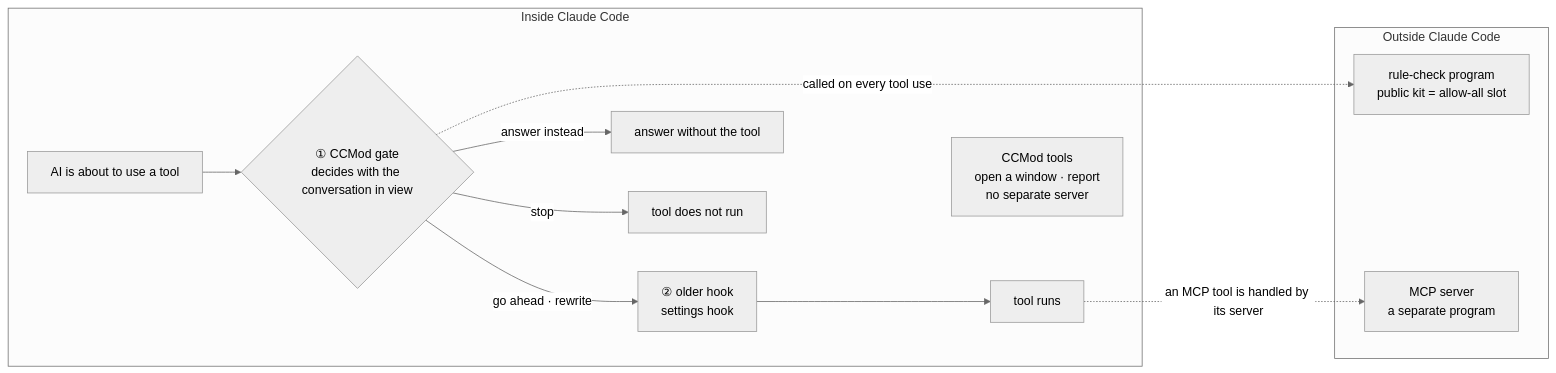
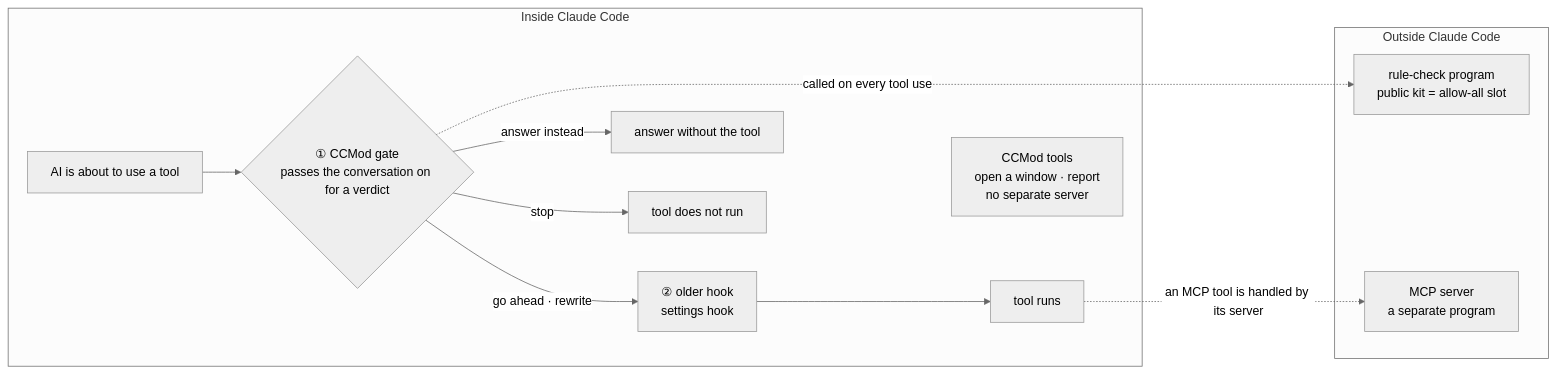
The second of 2 diagrams in README.en.md (treylom/mod-for-slack), drawn with Mermaid (neutral theme) before and after one commit. The commit also changed other lines of this file and 11 other files, not shown here.

````diff
--- a/README.en.md
+++ b/README.en.md
@@ -46,17 +65,17 @@
 ```mermaid
 flowchart LR
   subgraph IN["Inside Claude Code"]
-    A["AI is about to use a tool"] --> G{"① CCMod gate<br/>decides with the conversation in view"}
+    A["AI is about to use a tool"] --> G{"① CCMod gate<br/>passes the conversation on for a verdict"}
     G -- "go ahead · rewrite" --> H["② older hook<br/>settings hook"]
     H --> T["tool runs"]
     G -- "answer instead" --> R["answer without the tool"]
     G -- "stop" --> X["tool does not run"]
     MT["CCMod tools<br/>open a window · report<br/>no separate server"]
   end
   subgraph OUT["Outside Claude Code"]
     P["rule-check program<br/>public kit = allow-all slot"]
     M["MCP server<br/>a separate program"]
   end
   G -. "called on every tool use" .-> P
   T -. "an MCP tool is handled by its server" .-> M
 ```
````
